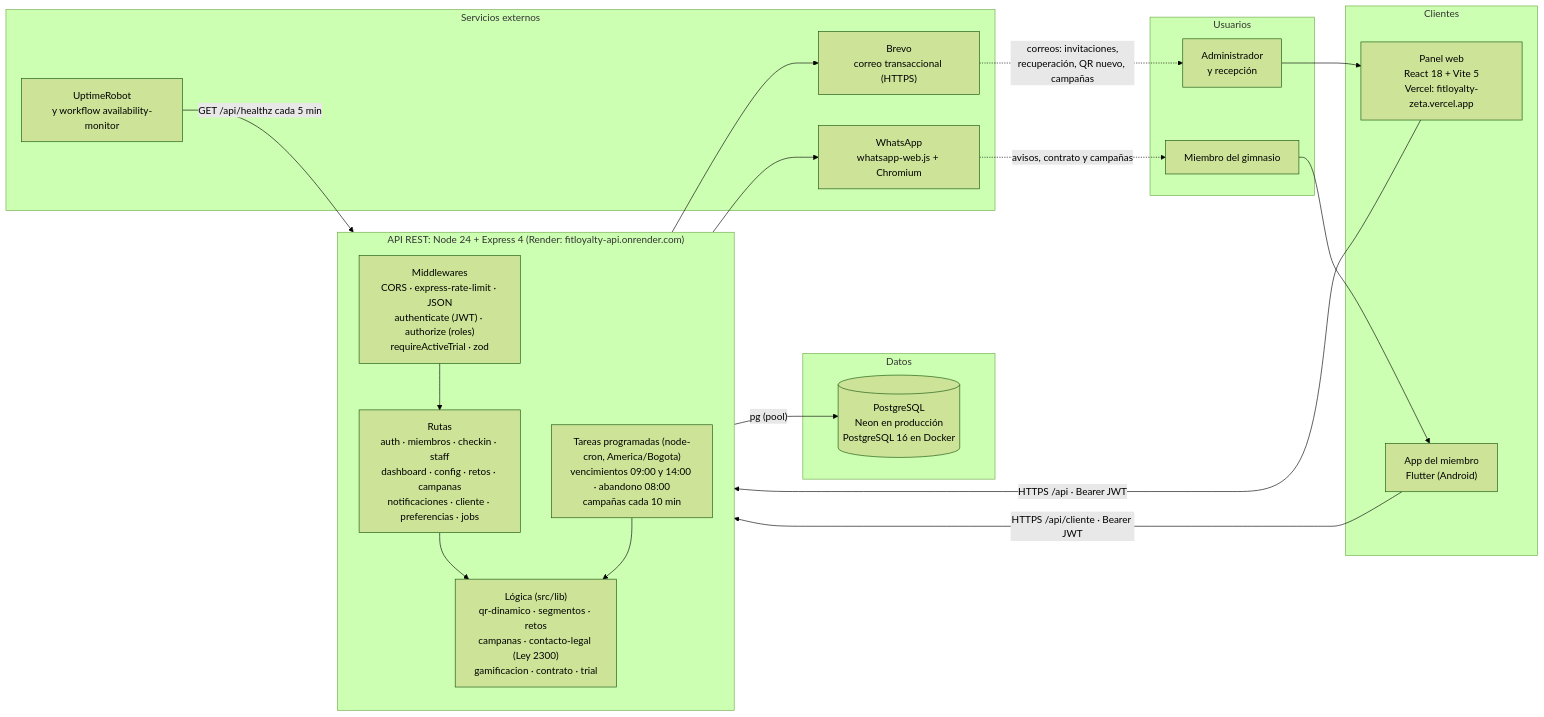
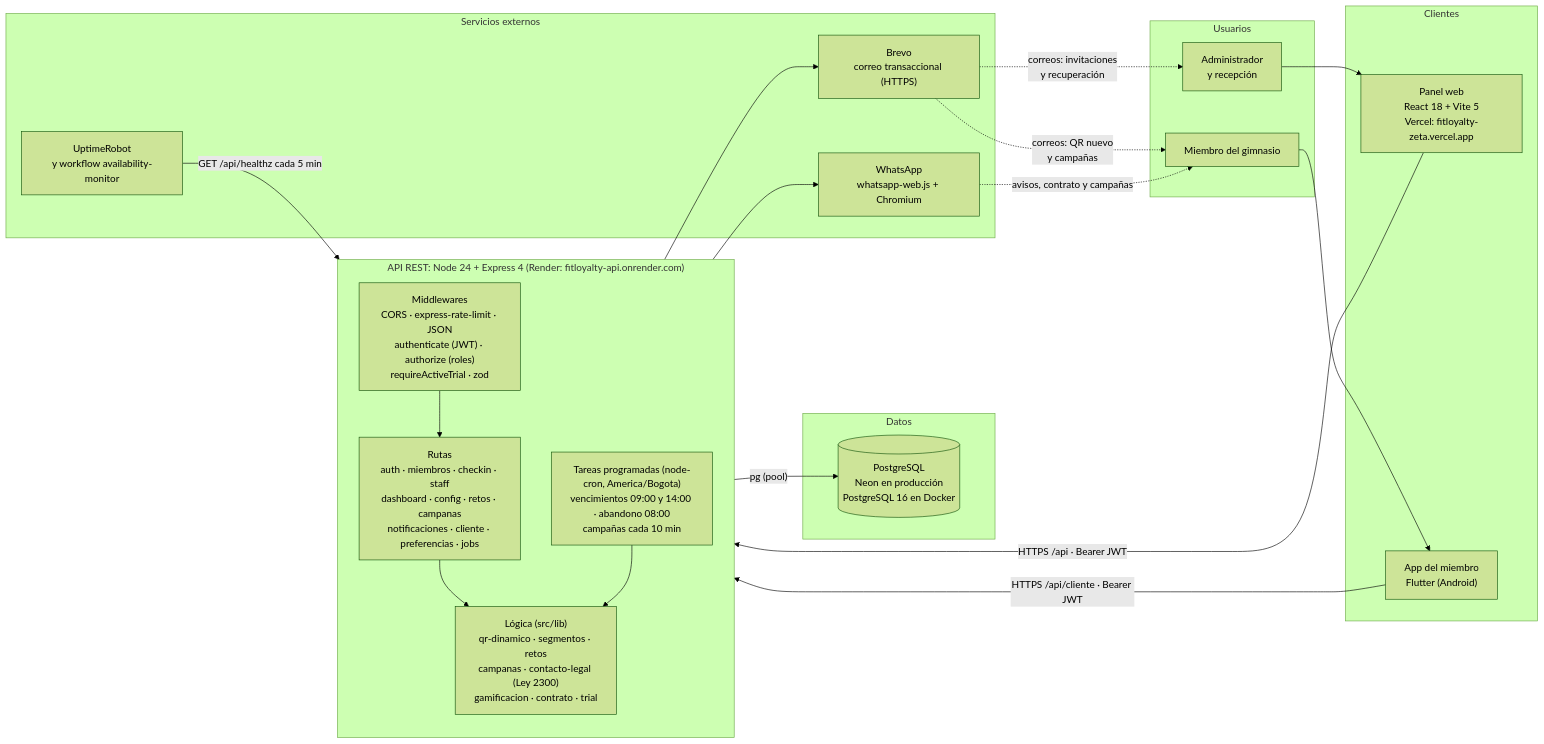
The first of 4 diagrams in docs/arquitectura/ARQUITECTURA.md (Luis140721/Proyecto_Fitloyalty), drawn with Mermaid (forest theme) before and after one commit. The commit also changed other lines of this file and 1 other file, not shown here.

````diff
--- a/docs/arquitectura/ARQUITECTURA.md
+++ b/docs/arquitectura/ARQUITECTURA.md
@@ -11,43 +11,44 @@
 ```mermaid
 flowchart LR
     subgraph Usuarios
         ADM["Administrador<br/>y recepción"]
         MIE["Miembro del gimnasio"]
     end
 
     subgraph Clientes
         WEB["Panel web<br/>React 18 + Vite 5<br/>Vercel: fitloyalty-zeta.vercel.app"]
         APP["App del miembro<br/>Flutter (Android)"]
     end
 
     subgraph API["API REST: Node 24 + Express 4 (Render: fitloyalty-api.onrender.com)"]
         direction TB
         MW["Middlewares<br/>CORS · express-rate-limit · JSON<br/>authenticate (JWT) · authorize (roles)<br/>requireActiveTrial · zod"]
         RUT["Rutas<br/>auth · miembros · checkin · staff<br/>dashboard · config · retos · campanas<br/>notificaciones · cliente · preferencias · jobs"]
         LIB["Lógica (src/lib)<br/>qr-dinamico · segmentos · retos<br/>campanas · contacto-legal (Ley 2300)<br/>gamificacion · contrato · trial"]
         JOB["Tareas programadas (node-cron, America/Bogota)<br/>vencimientos 09:00 y 14:00 · abandono 08:00<br/>campañas cada 10 min"]
         MW --> RUT --> LIB
         JOB --> LIB
     end
 
     subgraph Datos
         PG[("PostgreSQL<br/>Neon en producción<br/>PostgreSQL 16 en Docker")]
     end
 
     subgraph Externos["Servicios externos"]
         BRE["Brevo<br/>correo transaccional (HTTPS)"]
         WA["WhatsApp<br/>whatsapp-web.js + Chromium"]
         UP["UptimeRobot<br/>y workflow availability-monitor"]
     end
 
     ADM --> WEB
     MIE --> APP
     WEB -- "HTTPS /api · Bearer JWT" --> MW
     APP -- "HTTPS /api/cliente · Bearer JWT" --> MW
     LIB -- "pg (pool)" --> PG
     LIB --> BRE
     LIB --> WA
     UP -- "GET /api/healthz cada 5 min" --> RUT
-    BRE -. "correos: invitaciones,<br/>recuperación, QR nuevo, campañas" .-> ADM
+    BRE -. "correos: invitaciones<br/>y recuperación" .-> ADM
+    BRE -. "correos: QR nuevo<br/>y campañas" .-> MIE
     WA -. "avisos, contrato y campañas" .-> MIE
 ```
````
